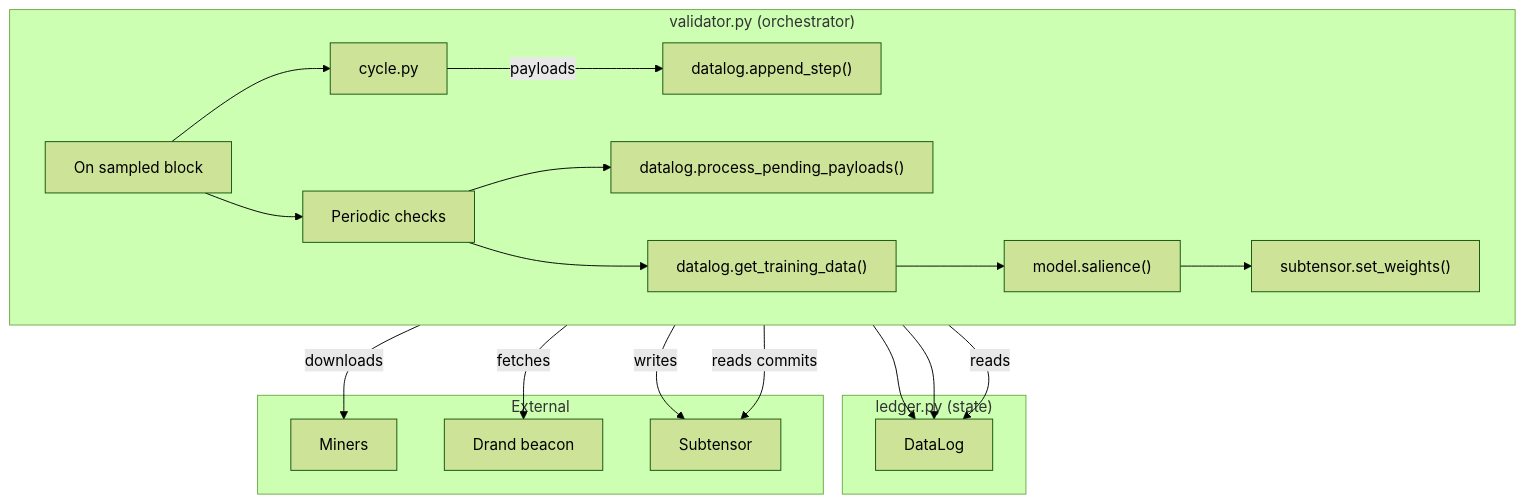
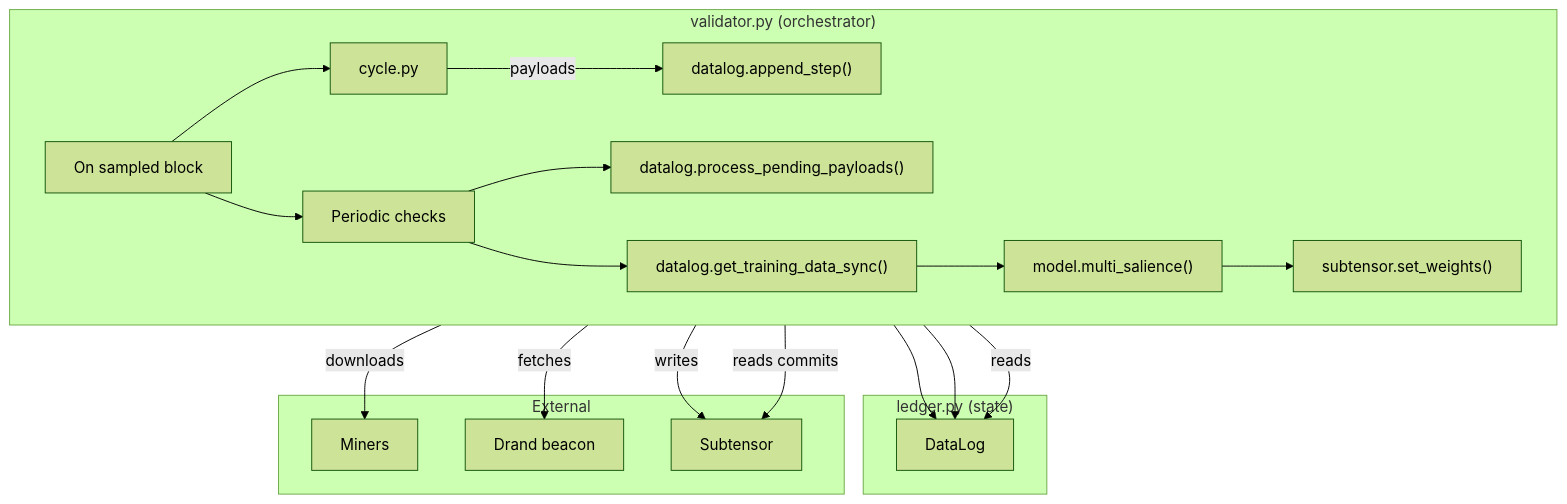
Before and after one commit to Barbariandev/MANTIS: the diagram in README.md, drawn with Mermaid (forest theme). The commit also changed other lines of this file, not shown here.

````diff
--- a/README.md
+++ b/README.md
@@ -9,31 +9,31 @@
 ```mermaid
 graph TD
     subgraph "validator.py (orchestrator)"
         direction LR
         A[On sampled block] --> B[cycle.py];
         B -->|payloads| C["datalog.append_step()"];
         A --> D[Periodic checks];
         D --> E["datalog.process_pending_payloads()"];
-        D --> F["datalog.get_training_data()"];
-        F --> G["model.salience()"];
+        D --> F["datalog.get_training_data_sync()"]; 
+        F --> G["model.multi_salience()"]; 
         G --> H["subtensor.set_weights()"];
     end
 
     subgraph "ledger.py (state)"
         I[DataLog]
     end
 
     subgraph "External"
         J[Miners]
         K[Drand beacon]
         L[Subtensor]
     end
 
     C --> I;
     E --> I;
     F -- reads --> I;
     B -- downloads --> J;
     E -- fetches --> K;
     H -- writes --> L;
     B -- reads commits --> L;
 ```
````
